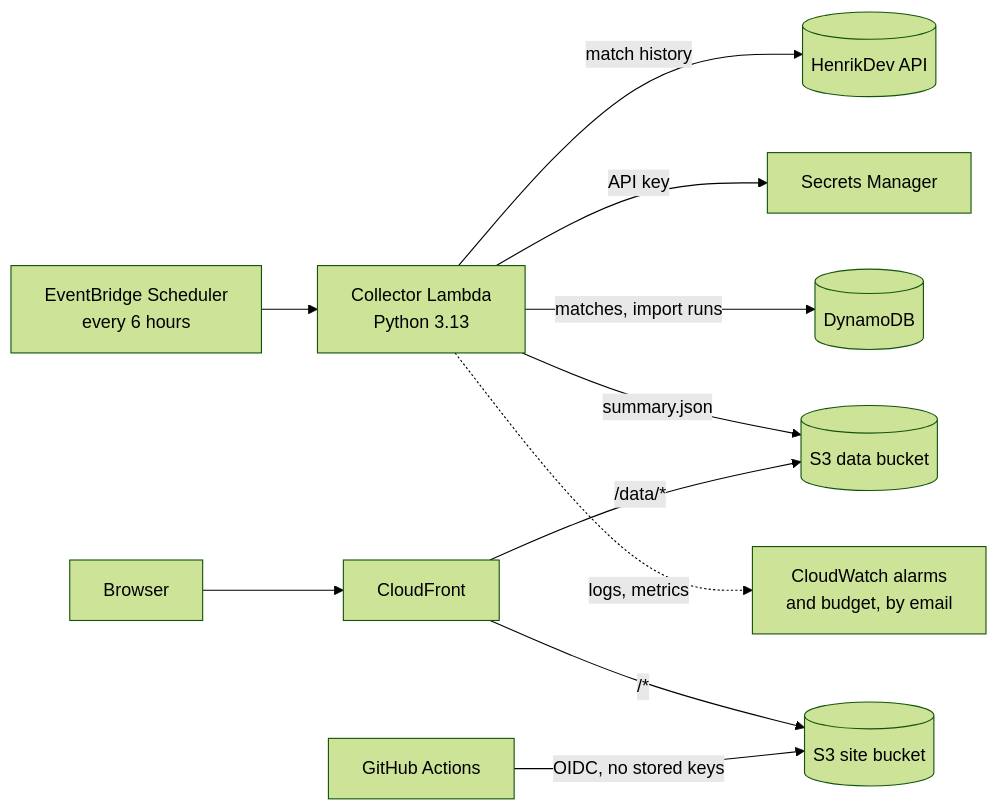
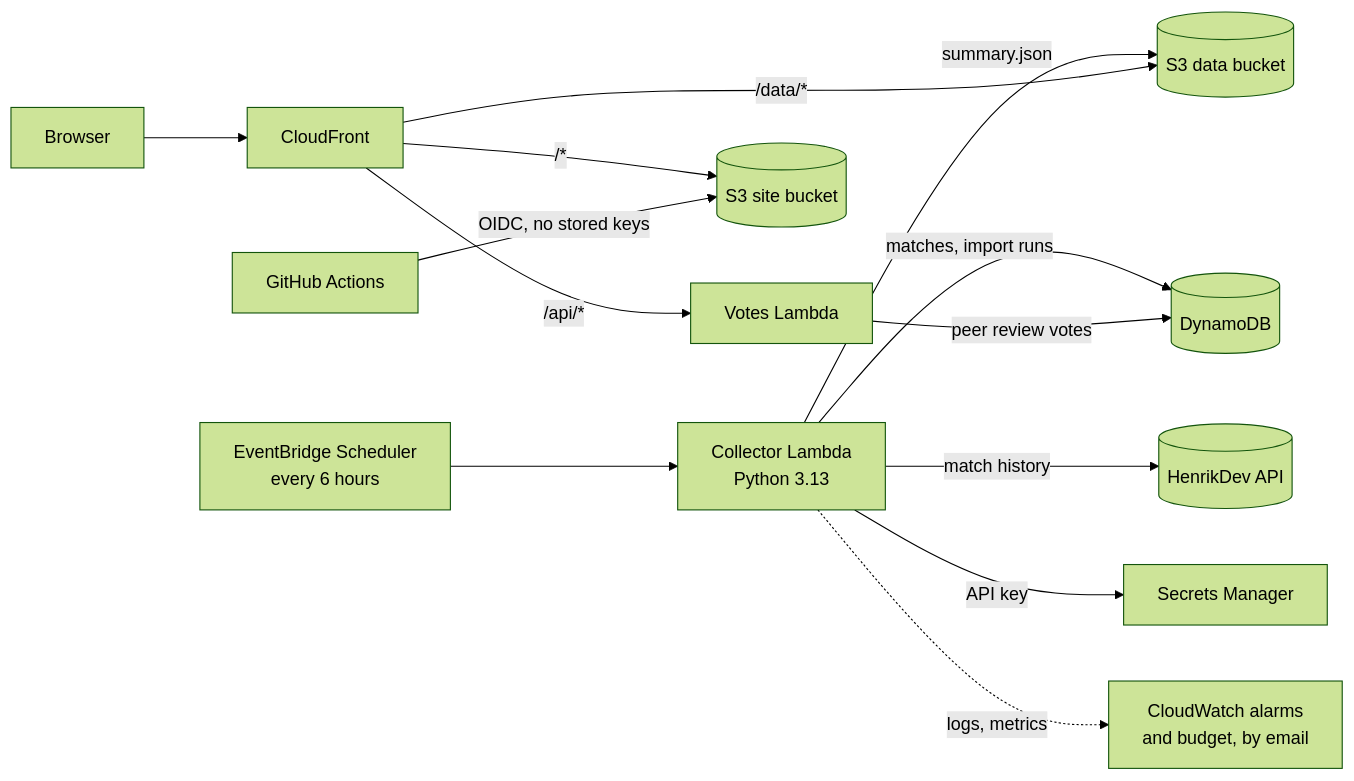
The diagram in README.md (rafgaf-dev/valorant-stats), drawn with Mermaid (forest theme) before and after one commit. The commit also changed other lines of this file and 24 other files, not shown here.

Commit message:
feat: add a peer review slide where viewers vote on whether the review was fair

````diff
--- a/README.md
+++ b/README.md
@@ -23,13 +23,15 @@
 ```mermaid
 flowchart LR
   scheduler[EventBridge Scheduler<br/>every 6 hours] --> lambda[Collector Lambda<br/>Python 3.13]
   lambda -->|match history| henrik[(HenrikDev API)]
   lambda -->|API key| secrets[Secrets Manager]
   lambda -->|matches, import runs| dynamodb[(DynamoDB)]
   lambda -->|summary.json| data[(S3 data bucket)]
   lambda -.->|logs, metrics| cloudwatch[CloudWatch alarms<br/>and budget, by email]
   browser[Browser] --> cloudfront[CloudFront]
   cloudfront -->|/*| site[(S3 site bucket)]
   cloudfront -->|/data/*| data
+  cloudfront -->|/api/*| votes[Votes Lambda]
+  votes -->|peer review votes| dynamodb
   actions[GitHub Actions] -->|OIDC, no stored keys| site
 ```
````
